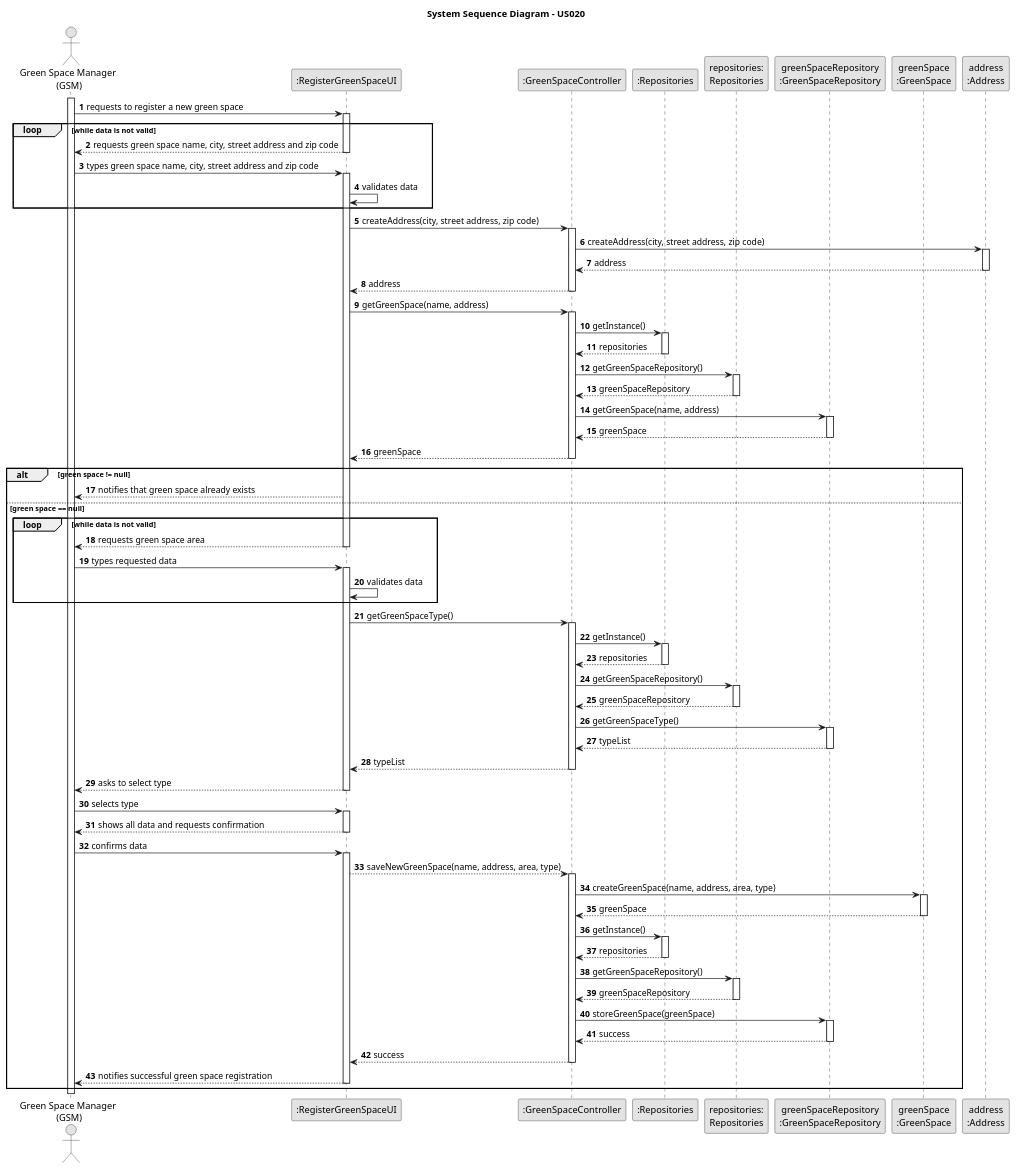
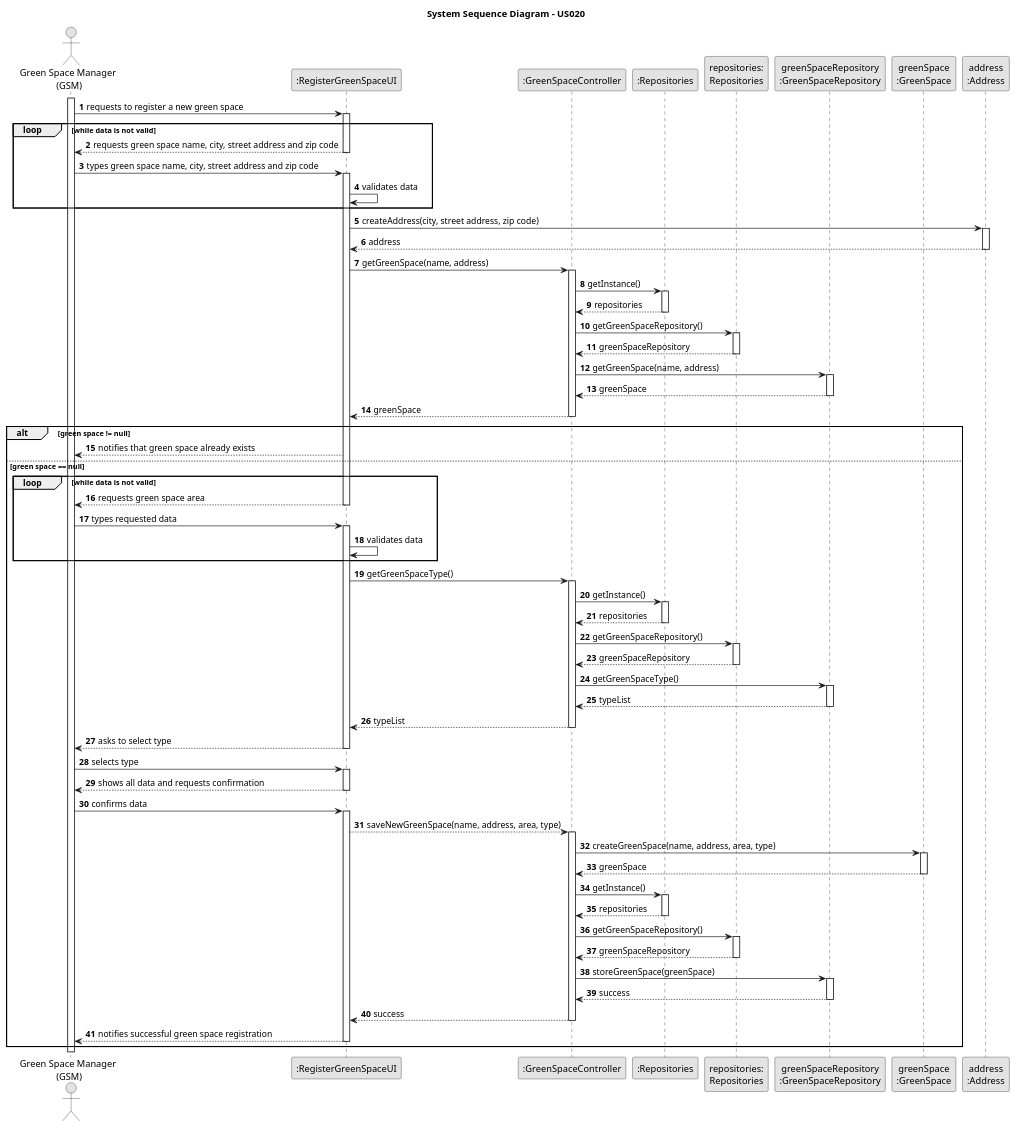
The diagram in docs/sprintC/us020/03.design/puml/us020-sequence-diagram-full.puml (RicardoMorim/lapr2-ISEP-Project), drawn with PlantUML before and after one commit. The commit also changed 19 other files, not shown here.

```diff
--- a/docs/sprintC/us020/03.design/puml/us020-sequence-diagram-full.puml
+++ b/docs/sprintC/us020/03.design/puml/us020-sequence-diagram-full.puml
@@ -1,121 +1,118 @@
 @startuml
 skinparam monochrome true
 skinparam packageStyle rectangle
 skinparam shadowing false
 
 title System Sequence Diagram - US020
 
 autonumber
 
 actor "Green Space Manager \n(GSM)" as GRM
 participant ":RegisterGreenSpaceUI" as UI
 participant ":GreenSpaceController" as Controller
 participant ":Repositories" as RepositorySingleton
 participant "repositories:\nRepositories" as PLAT
 participant "greenSpaceRepository\n:GreenSpaceRepository" as Repository
 participant "greenSpace\n:GreenSpace" as GS
 participant "address\n:Address" as Address
 activate GRM
 
 GRM -> UI : requests to register a new green space
 activate UI
 loop while data is not valid
 UI --> GRM : requests green space name, city, street address and zip code
 deactivate UI
 GRM -> UI : types green space name, city, street address and zip code
 activate UI
 UI -> UI: validates data
 end
-UI -> Controller : createAddress(city, street address, zip code)
-activate Controller
-Controller -> Address : createAddress(city, street address, zip code)
+UI -> Address : createAddress(city, street address, zip code)
 activate Address
-Address --> Controller : address
+Address --> UI : address
 deactivate Address
-Controller --> UI : address
 deactivate Controller
 UI -> Controller: getGreenSpace(name, address)
 activate Controller
 Controller -> RepositorySingleton : getInstance()
                                         activate RepositorySingleton
 
                                             RepositorySingleton --> Controller: repositories
                                         deactivate RepositorySingleton
 
                                         Controller -> PLAT : getGreenSpaceRepository()
                                         activate PLAT
 
                                             PLAT --> Controller : greenSpaceRepository
                                         deactivate PLAT
 Controller -> Repository: getGreenSpace(name, address)
 activate Repository
 Repository --> Controller: greenSpace
 deactivate Repository
 Controller --> UI: greenSpace
 deactivate Controller
 alt green space != null
     UI --> GRM : notifies that green space already exists
     else green space == null
     loop while data is not valid
     UI --> GRM : requests green space area
 
 deactivate UI
     GRM -> UI : types requested data
     activate UI
     UI -> UI: validates data
     end
     UI -> Controller: getGreenSpaceType()
     activate Controller
     Controller -> RepositorySingleton : getInstance()
                                             activate RepositorySingleton
 
                                                 RepositorySingleton --> Controller: repositories
                                             deactivate RepositorySingleton
 
                                             Controller -> PLAT : getGreenSpaceRepository()
                                             activate PLAT
 
                                                 PLAT --> Controller : greenSpaceRepository
                                             deactivate PLAT
     Controller -> Repository: getGreenSpaceType()
     activate Repository
     Repository --> Controller: typeList
     deactivate Repository
     Controller --> UI: typeList
     deactivate Controller
     UI --> GRM : asks to select type
     deactivate UI
     GRM -> UI : selects type
     activate UI
     UI --> GRM : shows all data and requests confirmation
     deactivate UI
 deactivate UI
     GRM -> UI : confirms data
     activate UI
     UI --> Controller: saveNewGreenSpace(name, address, area, type)
     activate Controller
     Controller -> GS: createGreenSpace(name, address, area, type)
     activate GS
    GS --> Controller :greenSpace
    deactivate GS
    Controller -> RepositorySingleton : getInstance()
                                                activate RepositorySingleton
 
                                                    RepositorySingleton --> Controller: repositories
                                                deactivate RepositorySingleton
 
                                                Controller -> PLAT : getGreenSpaceRepository()
                                                activate PLAT
 
                                                    PLAT --> Controller : greenSpaceRepository
                                                deactivate PLAT
    Controller -> Repository: storeGreenSpace(greenSpace)
    activate Repository
    Repository --> Controller: success
    deactivate Repository
    Controller --> UI : success
    deactivate Controller
     UI --> GRM: notifies successful green space registration
 deactivate UI
 end
 @enduml
```
